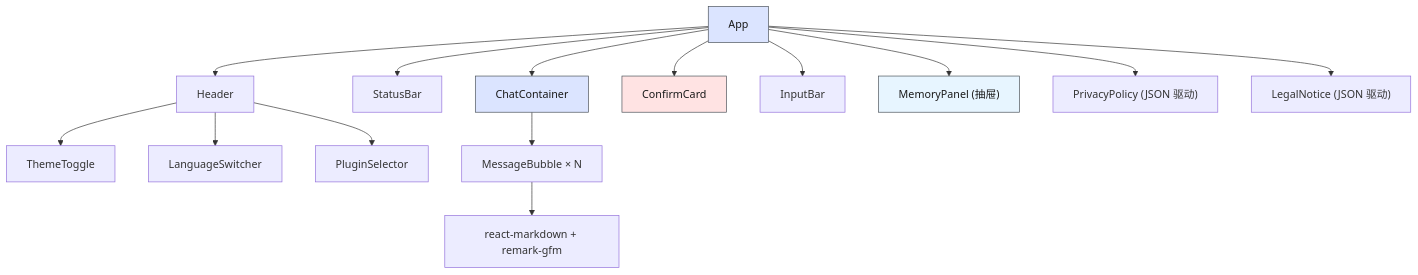
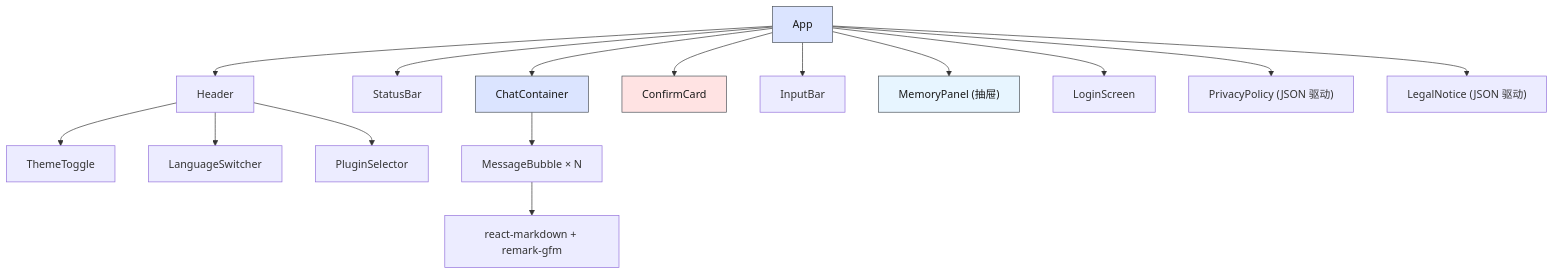
Before and after one commit to yjzaaa/leave-approval-agent: the fifth of 6 diagrams in src/client/CLAUDE.md, drawn with Mermaid. The commit also changed other lines of this file and 25 other files, not shown here.

````diff
--- a/src/client/CLAUDE.md
+++ b/src/client/CLAUDE.md
@@ -139,21 +148,22 @@
 ```mermaid
 graph TD
     App --> Header
     Header --> ThemeToggle
     Header --> LanguageSwitcher["LanguageSwitcher"]
     Header --> PluginSelector
     App --> StatusBar
     App --> ChatContainer
     ChatContainer --> MessageBubble1["MessageBubble × N"]
     MessageBubble1 --> Markdown["react-markdown + remark-gfm"]
     App --> ConfirmCard
     App --> InputBar
     App --> MemoryPanel["MemoryPanel (抽屉)"]
+    App --> LoginScreen["LoginScreen"]
     App --> PrivacyPolicy["PrivacyPolicy (JSON 驱动)"]
     App --> LegalNotice["LegalNotice (JSON 驱动)"]
 
     style App fill:#dbe4ff,stroke:#495057,color:#1a1a1a
     style ChatContainer fill:#dbe4ff,stroke:#495057,color:#1a1a1a
     style ConfirmCard fill:#ffe3e3,stroke:#495057,color:#1a1a1a
     style MemoryPanel fill:#e7f5ff,stroke:#495057,color:#1a1a1a
 ```
````
